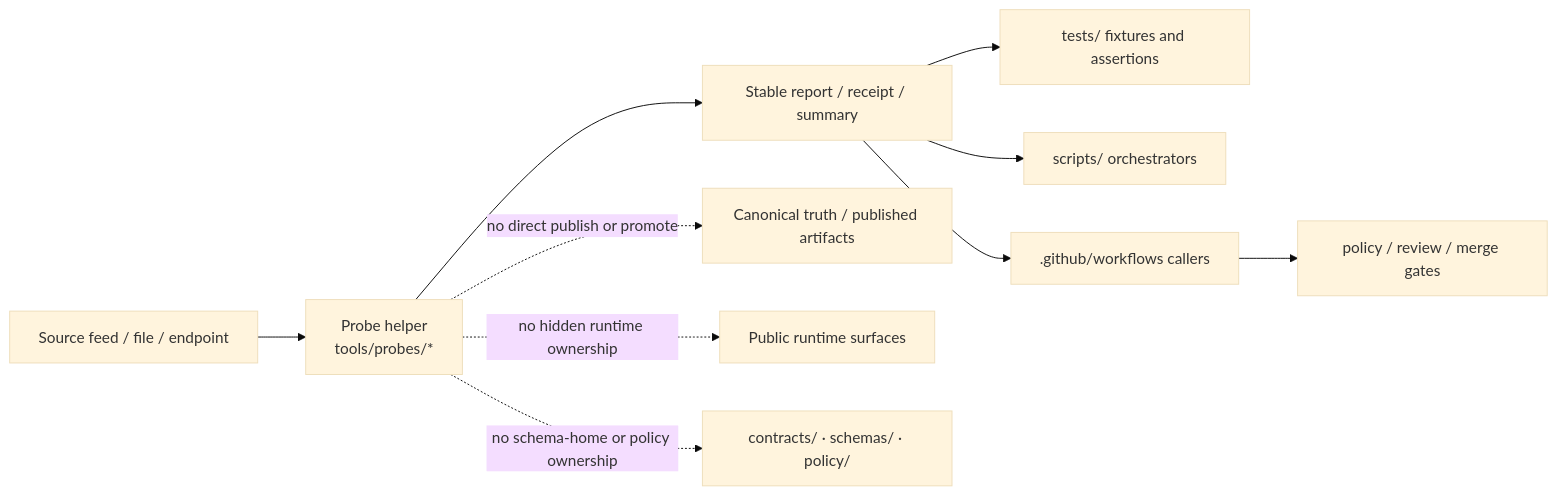
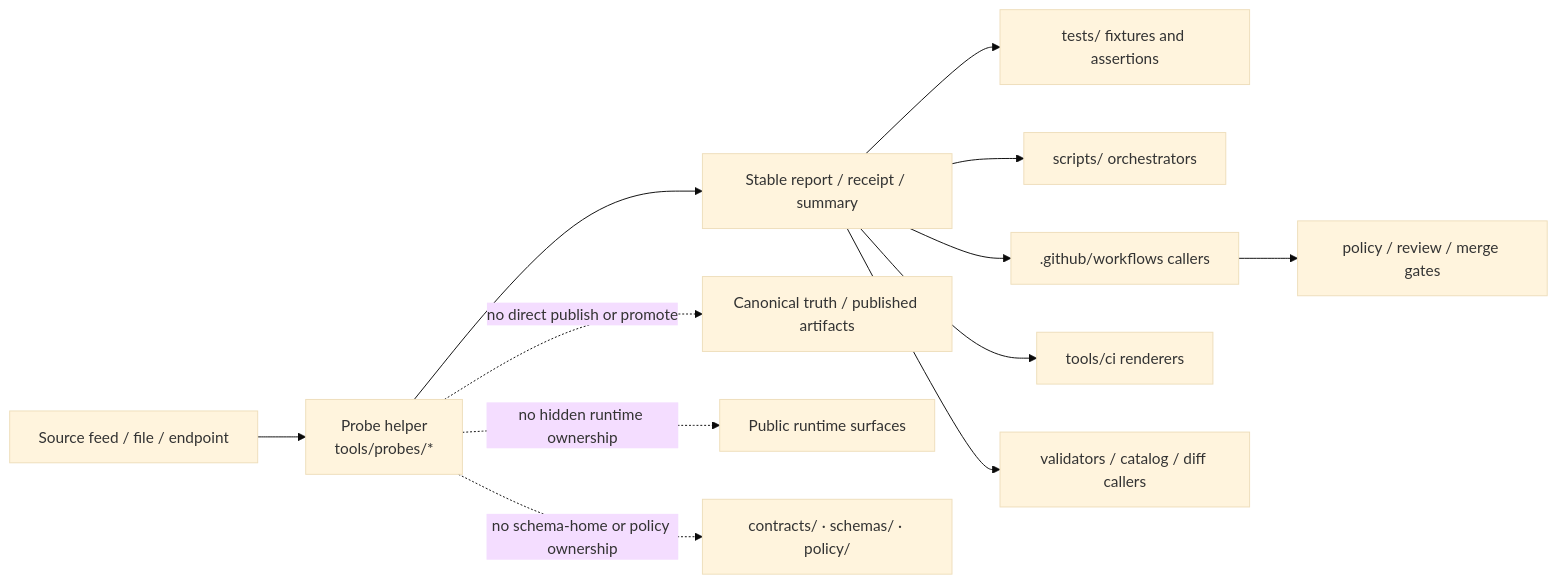
Before and after one commit to bartytime4life/Kansas-Frontier-Matrix: the diagram in tools/probes/README.md, drawn with Mermaid (base theme). The commit also changed other lines of this file, not shown here.

First line of the commit message:
Revise README.md for tools/probes with updates

````diff
--- a/tools/probes/README.md
+++ b/tools/probes/README.md
@@ -274,13 +347,15 @@
 ```mermaid
 flowchart LR
     A[Source feed / file / endpoint] --> B[Probe helper<br/>tools/probes/*]
     B --> C[Stable report / receipt / summary]
     C --> D[tests/ fixtures and assertions]
     C --> E[scripts/ orchestrators]
     C --> F[.github/workflows callers]
-    F --> G[policy / review / merge gates]
+    C --> G[tools/ci renderers]
+    C --> H[validators / catalog / diff callers]
+    F --> I[policy / review / merge gates]
 
-    B -. no direct publish or promote .-> H[Canonical truth / published artifacts]
-    B -. no hidden runtime ownership .-> I[Public runtime surfaces]
-    B -. no schema-home or policy ownership .-> J[contracts/ · schemas/ · policy/]
+    B -. no direct publish or promote .-> J[Canonical truth / published artifacts]
+    B -. no hidden runtime ownership .-> K[Public runtime surfaces]
+    B -. no schema-home or policy ownership .-> L[contracts/ · schemas/ · policy/]
 ```
````
